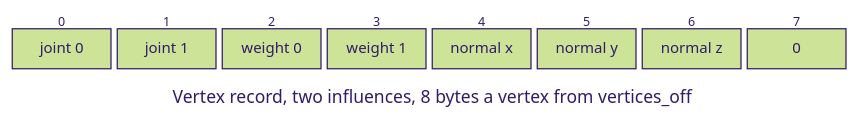
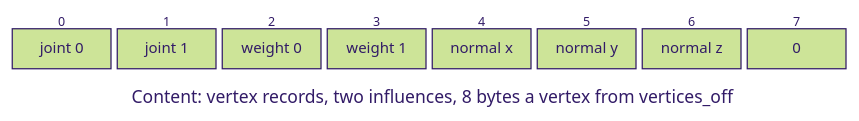
One commit to jose-villegas/autana changed the seventh of 9 diagrams in docs/render/Skeleton-and-Skin.md. Above: the diagram before and after it, drawn with Mermaid (forest theme). The commit also changed other lines of this file, not shown here.

Commit message:
docs: Skeleton-and-Skin labels each layout as header, registry or content

````diff
--- a/docs/render/Skeleton-and-Skin.md
+++ b/docs/render/Skeleton-and-Skin.md
@@ -173,18 +198,18 @@
 ```mermaid
 ---
 config:
   packet:
     bitsPerRow: 8
     bitWidth: 84
 ---
 packet-beta
-title Vertex record, two influences, 8 bytes a vertex from vertices_off
+title Content: vertex records, two influences, 8 bytes a vertex from vertices_off
 0: "joint 0"
 1: "joint 1"
 2: "weight 0"
 3: "weight 1"
 4: "normal x"
 5: "normal y"
 6: "normal z"
 7: "0"
 ```
````
